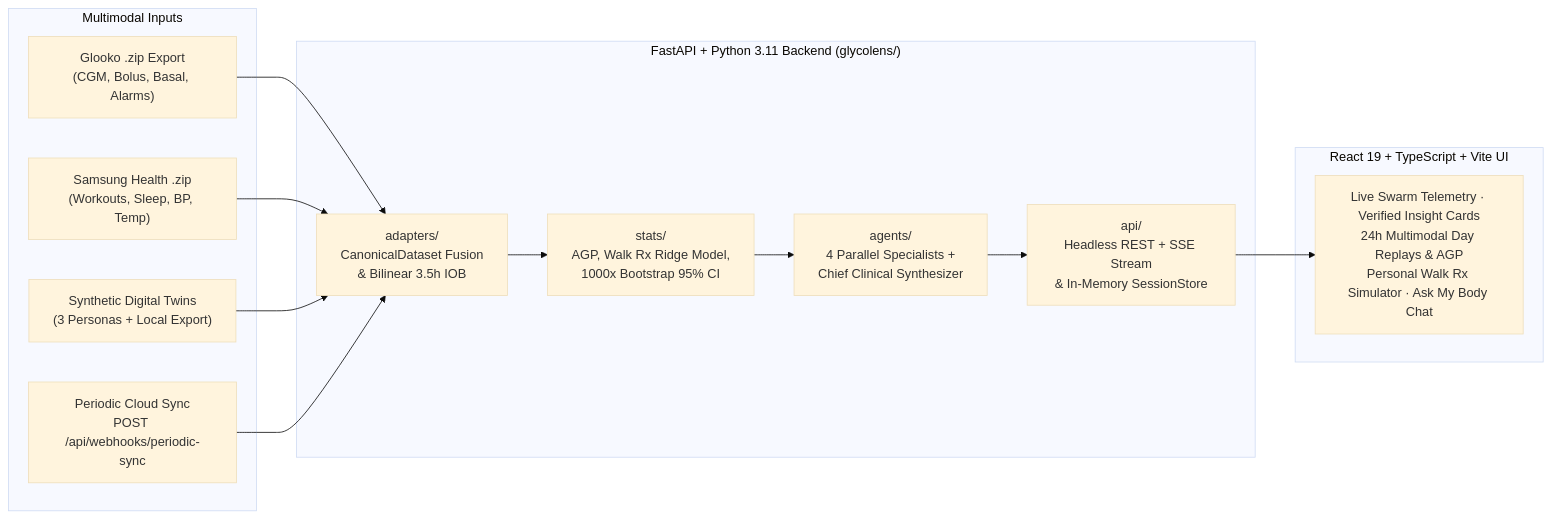
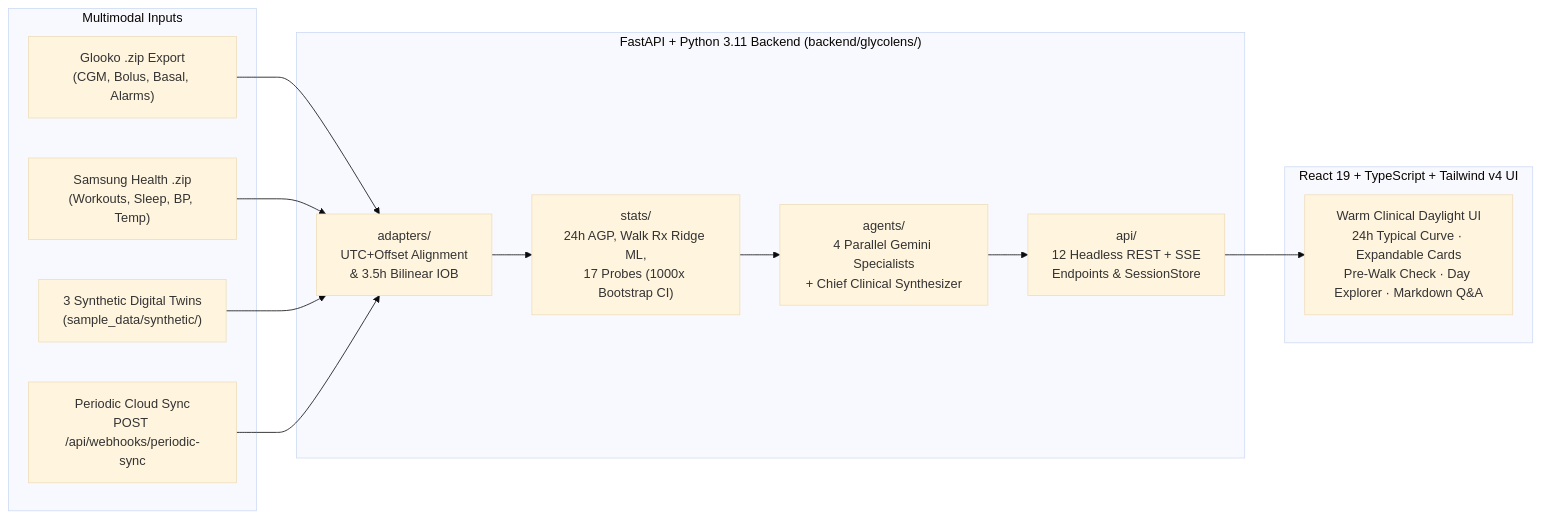
The diagram in README.md (DavidGinfo/glycolens), drawn with Mermaid (base theme) before and after one commit. The commit also changed other lines of this file and 4 other files, not shown here.

Commit message:
docs: add MIT license, API reference, technical architecture & setup guide

````diff
--- a/README.md
+++ b/README.md
@@ -11,22 +36,22 @@
 ```mermaid
 flowchart LR
     subgraph Sources["Multimodal Inputs"]
         G["Glooko .zip Export\n(CGM, Bolus, Basal, Alarms)"]
         W["Samsung Health .zip\n(Workouts, Sleep, BP, Temp)"]
-        P["Synthetic Digital Twins\n(3 Personas + Local Export)"]
+        P["3 Synthetic Digital Twins\n(sample_data/synthetic/)"]
         WH["Periodic Cloud Sync\nPOST /api/webhooks/periodic-sync"]
     end
 
-    subgraph Backend["FastAPI + Python 3.11 Backend (glycolens/)"]
-        AD["adapters/\nCanonicalDataset Fusion\n& Bilinear 3.5h IOB"]
-        ST["stats/\nAGP, Walk Rx Ridge Model,\n1000x Bootstrap 95% CI"]
-        AG["agents/\n4 Parallel Specialists +\nChief Clinical Synthesizer"]
-        API["api/\nHeadless REST + SSE Stream\n& In-Memory SessionStore"]
+    subgraph Backend["FastAPI + Python 3.11 Backend (backend/glycolens/)"]
+        AD["adapters/\nUTC+Offset Alignment\n& 3.5h Bilinear IOB"]
+        ST["stats/\n24h AGP, Walk Rx Ridge ML,\n17 Probes (1000x Bootstrap CI)"]
+        AG["agents/\n4 Parallel Gemini Specialists\n+ Chief Clinical Synthesizer"]
+        API["api/\n12 Headless REST + SSE\nEndpoints & SessionStore"]
     end
 
-    subgraph Frontend["React 19 + TypeScript + Vite UI"]
-        UI["Live Swarm Telemetry · Verified Insight Cards\n24h Multimodal Day Replays & AGP\nPersonal Walk Rx Simulator · Ask My Body Chat"]
+    subgraph Frontend["React 19 + TypeScript + Tailwind v4 UI"]
+        UI["Warm Clinical Daylight UI\n24h Typical Curve · Expandable Cards\nPre-Walk Check · Day Explorer · Markdown Q&A"]
     end
 
     G & W & P & WH --> AD --> ST --> AG --> API --> UI
 ```
````
